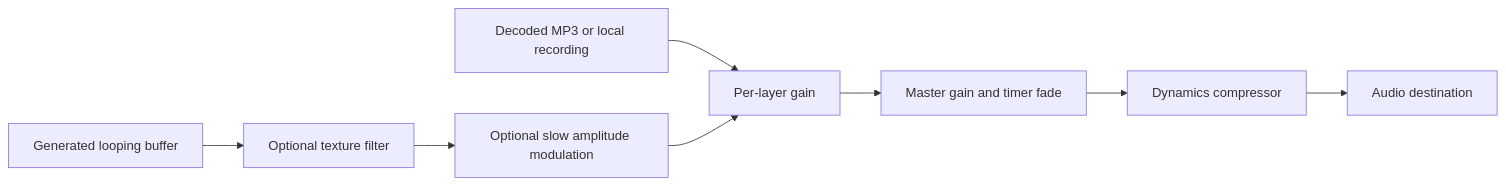
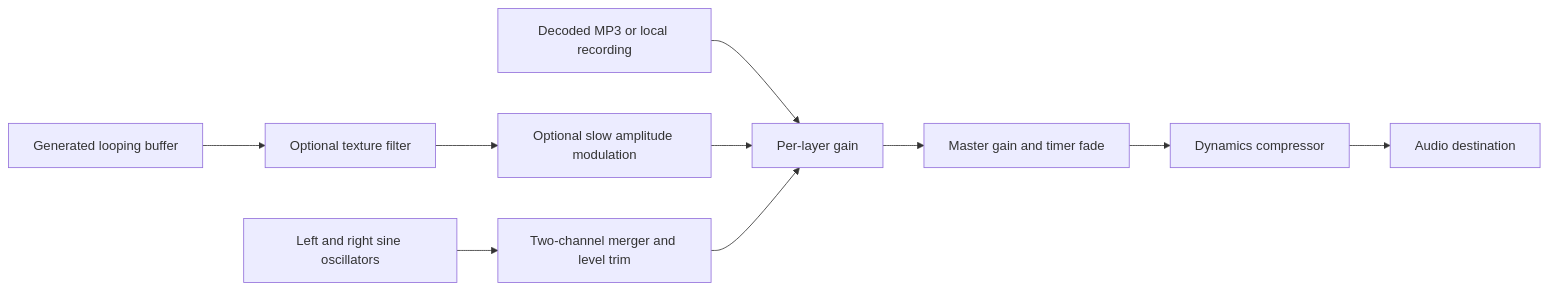
One commit to Vibeshibe/openambience changed the diagram in docs/architecture.md. Above: the diagram before and after it, drawn with Mermaid. The commit also changed other lines of this file and 28 other files, not shown here.

````diff
--- a/docs/architecture.md
+++ b/docs/architecture.md
@@ -11,10 +11,12 @@
 ```mermaid
 flowchart LR
   Recording[Decoded MP3 or local recording] --> Layer
   Noise[Generated looping buffer] --> Filter[Optional texture filter]
   Filter --> Swell[Optional slow amplitude modulation]
   Swell --> Layer[Per-layer gain]
+  Tones[Left and right sine oscillators] --> Stereo[Two-channel merger and level trim]
+  Stereo --> Layer
   Layer --> Master[Master gain and timer fade]
   Master --> Compressor[Dynamics compressor]
   Compressor --> Speakers[Audio destination]
 ```
````
